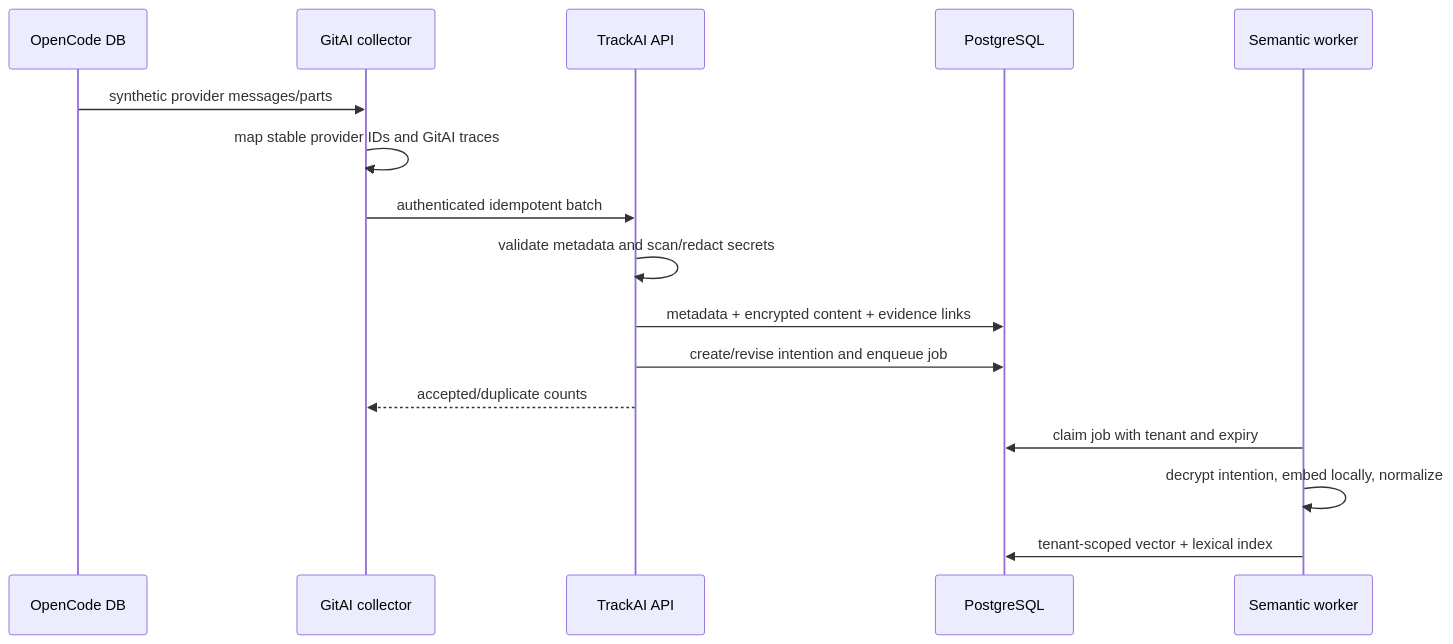
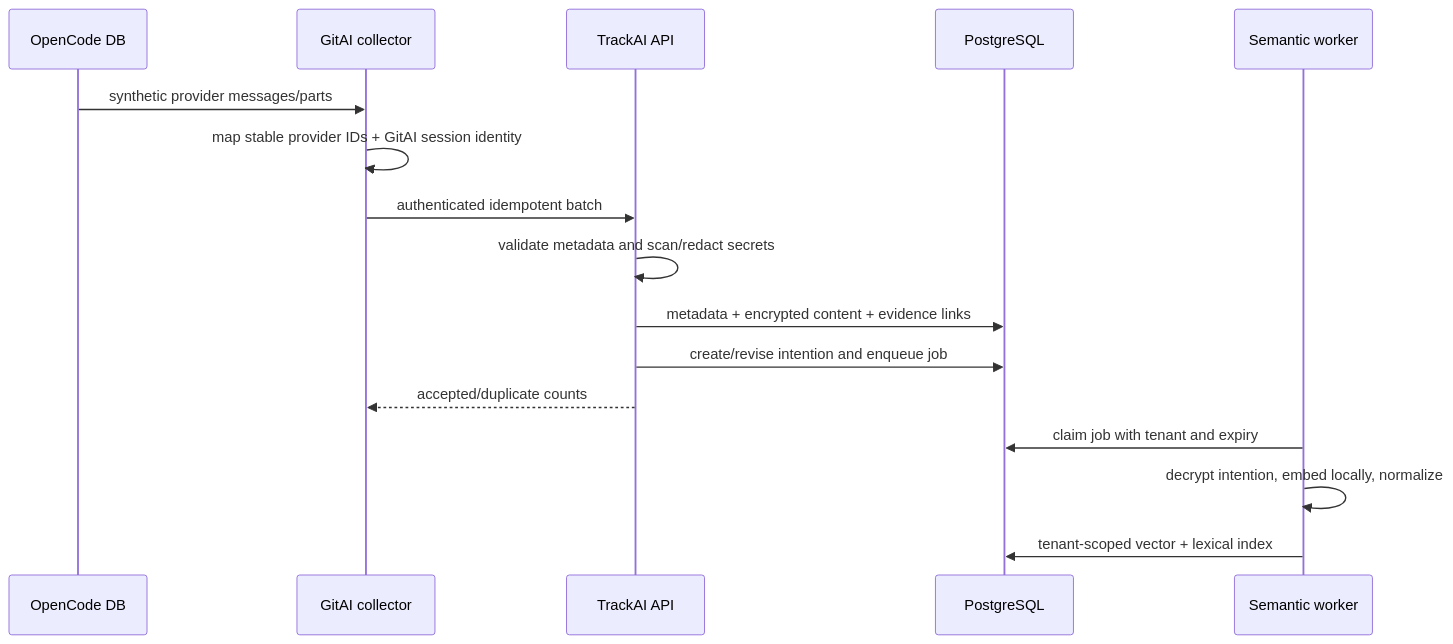
One commit to mahamannu-ux/TrackAI-V1 changed the third of 8 diagrams in docs/TASK5_SEMANTIC_EVIDENCE_DESIGN.md. Above: the diagram before and after it, drawn with Mermaid. The commit also changed other lines of this file and 1 other file, not shown here.

````diff
--- a/docs/TASK5_SEMANTIC_EVIDENCE_DESIGN.md
+++ b/docs/TASK5_SEMANTIC_EVIDENCE_DESIGN.md
@@ -69,19 +71,19 @@
 ```mermaid
 sequenceDiagram
   participant O as OpenCode DB
   participant G as GitAI collector
   participant A as TrackAI API
   participant P as PostgreSQL
   participant W as Semantic worker
 
   O->>G: synthetic provider messages/parts
-  G->>G: map stable provider IDs and GitAI traces
+  G->>G: map stable provider IDs + GitAI session identity
   G->>A: authenticated idempotent batch
   A->>A: validate metadata and scan/redact secrets
   A->>P: metadata + encrypted content + evidence links
   A->>P: create/revise intention and enqueue job
   A-->>G: accepted/duplicate counts
   W->>P: claim job with tenant and expiry
   W->>W: decrypt intention, embed locally, normalize
   W->>P: tenant-scoped vector + lexical index
 ```
````
